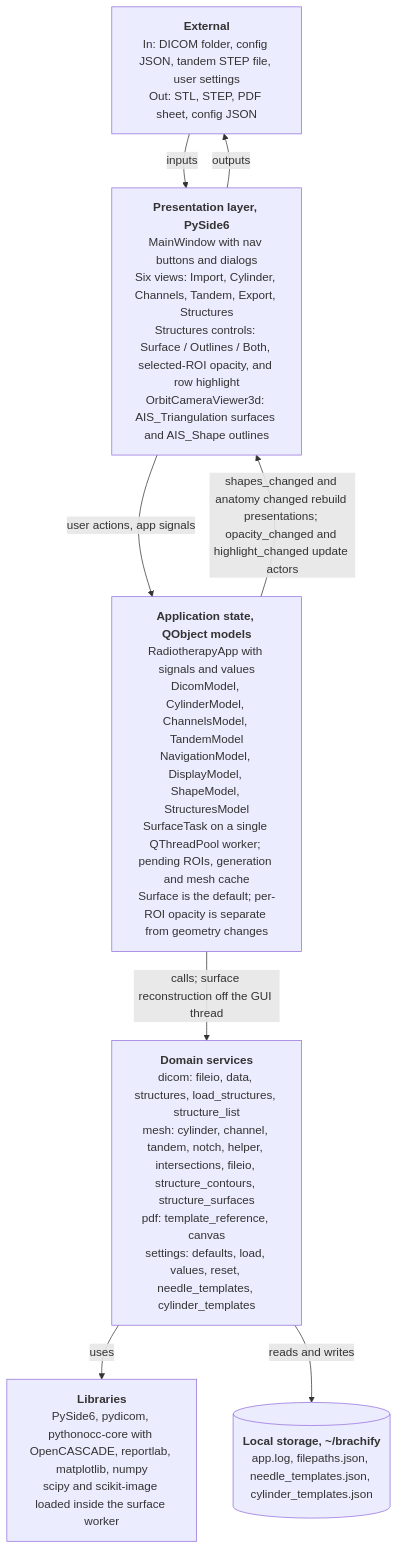
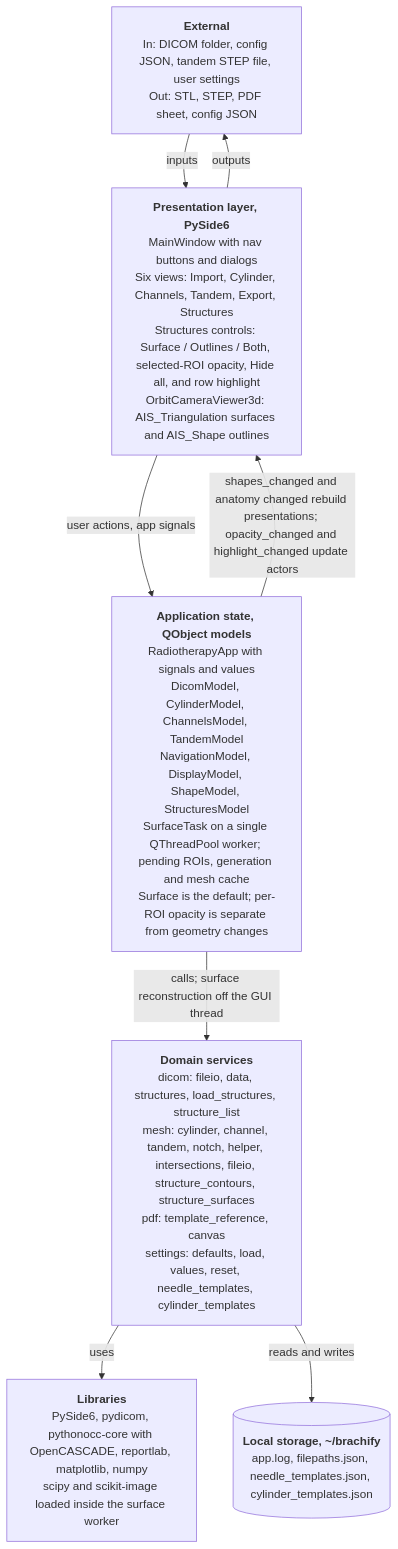
The diagram in docs/architecture/diagrams/system-architecture.mmd (COSC-499-W2026/capstone-project-team-10), drawn with Mermaid before and after one commit. The commit also changed 1 other file, not shown here.

Commit message:
docs: name Hide all on the system architecture

```diff
--- a/docs/architecture/diagrams/system-architecture.mmd
+++ b/docs/architecture/diagrams/system-architecture.mmd
@@ -1,17 +1,17 @@
 %% title: System architecture
 %% alt: System architecture of brachify, a layered desktop application with a presentation layer, application state, domain services, third party libraries and local storage
 flowchart TB
   ext["<b>External</b><br/>In: DICOM folder, config JSON, tandem STEP file, user settings<br/>Out: STL, STEP, PDF sheet, config JSON"]
-  pres["<b>Presentation layer, PySide6</b><br/>MainWindow with nav buttons and dialogs<br/>Six views: Import, Cylinder, Channels, Tandem, Export, Structures<br/>Structures controls: Surface / Outlines / Both, selected-ROI opacity, and row highlight<br/>OrbitCameraViewer3d: AIS_Triangulation surfaces and AIS_Shape outlines"]
+  pres["<b>Presentation layer, PySide6</b><br/>MainWindow with nav buttons and dialogs<br/>Six views: Import, Cylinder, Channels, Tandem, Export, Structures<br/>Structures controls: Surface / Outlines / Both, selected-ROI opacity, Hide all, and row highlight<br/>OrbitCameraViewer3d: AIS_Triangulation surfaces and AIS_Shape outlines"]
   state["<b>Application state, QObject models</b><br/>RadiotherapyApp with signals and values<br/>DicomModel, CylinderModel, ChannelsModel, TandemModel<br/>NavigationModel, DisplayModel, ShapeModel, StructuresModel<br/>SurfaceTask on a single QThreadPool worker; pending ROIs, generation and mesh cache<br/>Surface is the default; per-ROI opacity is separate from geometry changes"]
   domain["<b>Domain services</b><br/>dicom: fileio, data, structures, load_structures, structure_list<br/>mesh: cylinder, channel, tandem, notch, helper, intersections, fileio, structure_contours, structure_surfaces<br/>pdf: template_reference, canvas<br/>settings: defaults, load, values, reset, needle_templates, cylinder_templates"]
   lib["<b>Libraries</b><br/>PySide6, pydicom, pythonocc-core with OpenCASCADE, reportlab, matplotlib, numpy<br/>scipy and scikit-image loaded inside the surface worker"]
   disk[("<b>Local storage, ~/brachify</b><br/>app.log, filepaths.json, needle_templates.json, cylinder_templates.json")]
 
   ext -->|"inputs"| pres
   pres -->|"outputs"| ext
   pres -->|"user actions, app signals"| state
   state -->|"shapes_changed and anatomy changed rebuild presentations; opacity_changed and highlight_changed update actors"| pres
   state -->|"calls; surface reconstruction off the GUI thread"| domain
   domain -->|"uses"| lib
   domain -->|"reads and writes"| disk
```
